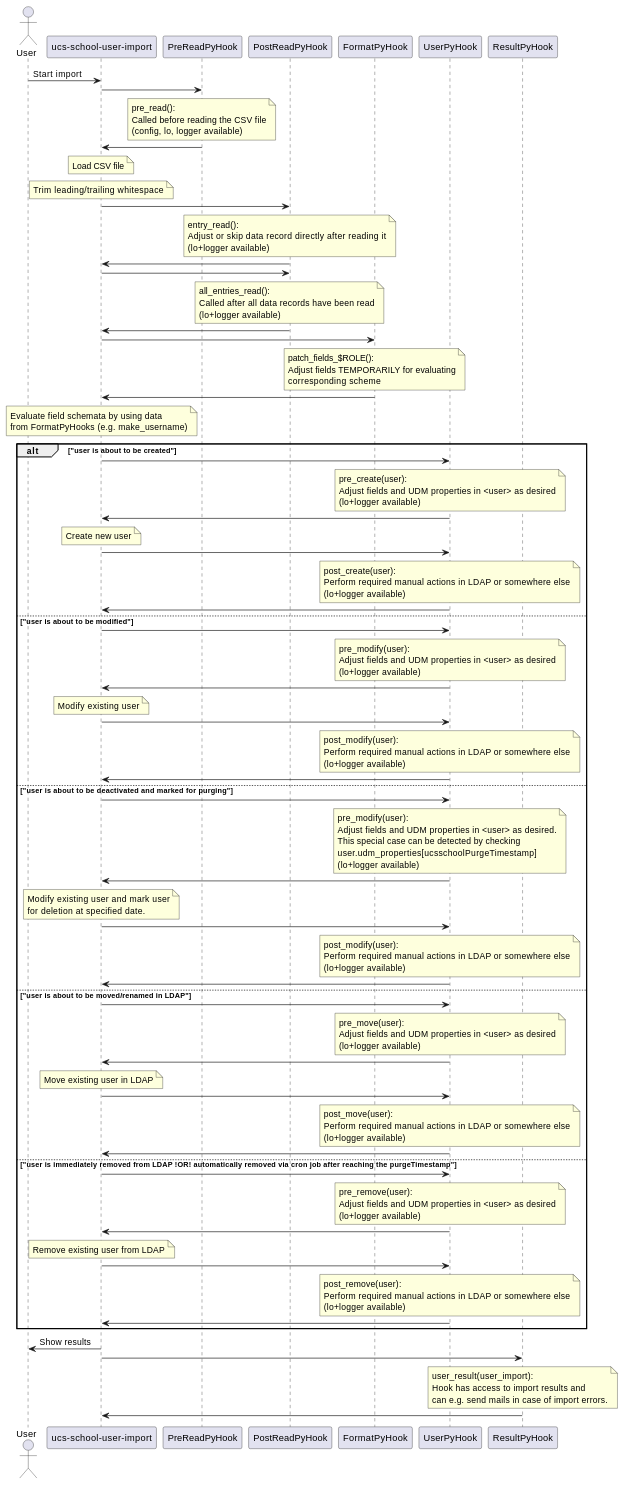
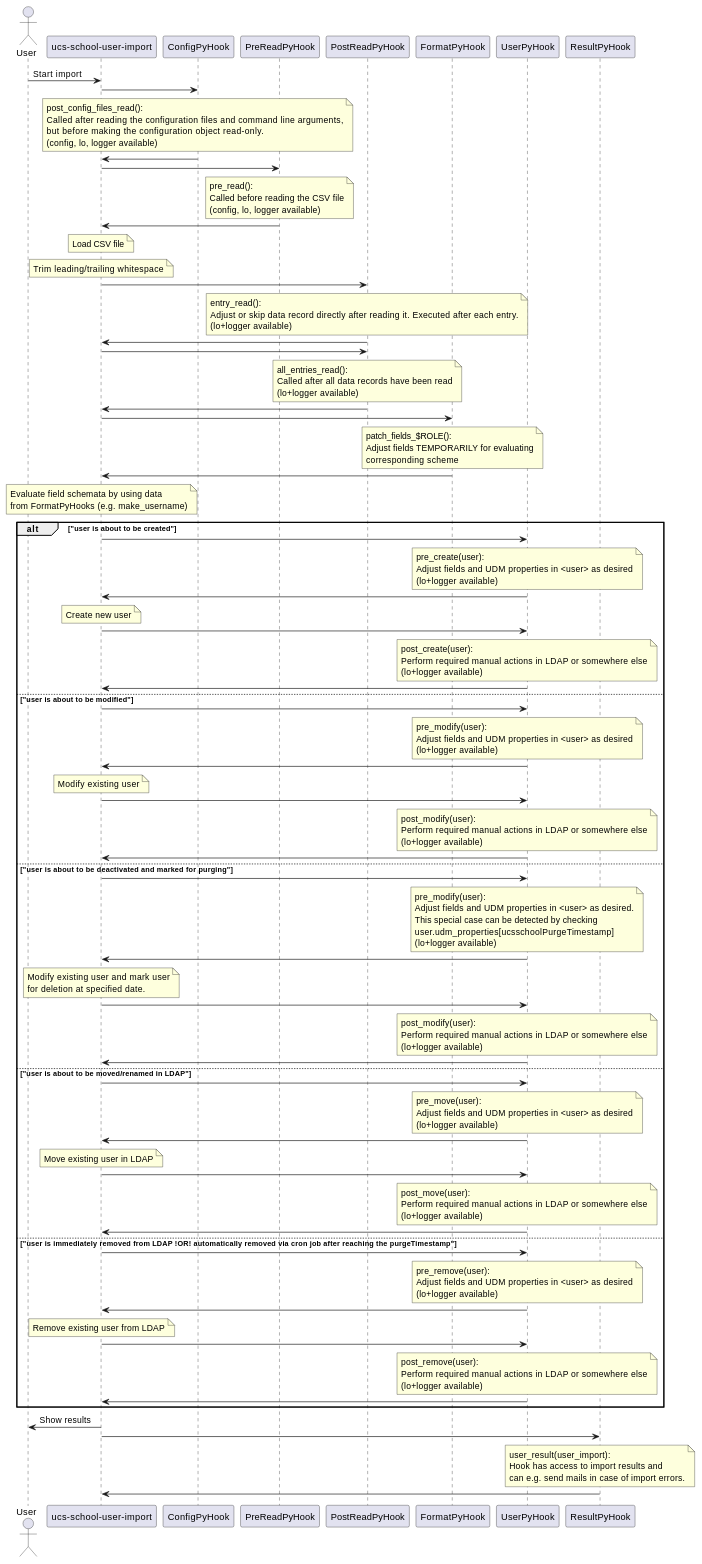
The diagram in ucs-school-import/usr/share/doc/ucs-school-import-http-api/plantuml/import-pyhooks.md (univention/ucsschool-kelvin-rest-api), drawn with PlantUML before and after one commit.

Commit message:
Bug #49267: add hook to sequence diagram

```diff
--- a/ucs-school-import/usr/share/doc/ucs-school-import-http-api/plantuml/import-pyhooks.md
+++ b/ucs-school-import/usr/share/doc/ucs-school-import-http-api/plantuml/import-pyhooks.md
@@ -1,6 +1,7 @@
 @startuml
 actor User
 participant "ucs-school-user-import"
+participant ConfigPyHook
 participant PreReadPyHook
 participant PostReadPyHook
 participant FormatPyHook
@@ -8,14 +9,20 @@
 participant ResultPyHook
 
 User -> "ucs-school-user-import": Start import
+
+"ucs-school-user-import" -> ConfigPyHook
+note over ConfigPyHook: post_config_files_read():\nCalled after reading the configuration files and command line arguments,\nbut before making the configuration object read-only.\n(config, lo, logger available)
+ConfigPyHook -> "ucs-school-user-import"
+
 "ucs-school-user-import" -> PreReadPyHook
 note over PreReadPyHook: pre_read():\nCalled before reading the CSV file\n(config, lo, logger available)
 PreReadPyHook -> "ucs-school-user-import"
+
 note over "ucs-school-user-import": Load CSV file
 note over "ucs-school-user-import": Trim leading/trailing whitespace
 
 "ucs-school-user-import" -> PostReadPyHook
-note over PostReadPyHook: entry_read():\nAdjust or skip data record directly after reading it\n(lo+logger available)
+note over PostReadPyHook: entry_read():\nAdjust or skip data record directly after reading it. Executed after each entry.\n(lo+logger available)
 PostReadPyHook -> "ucs-school-user-import"
 
 "ucs-school-user-import" -> PostReadPyHook
```
